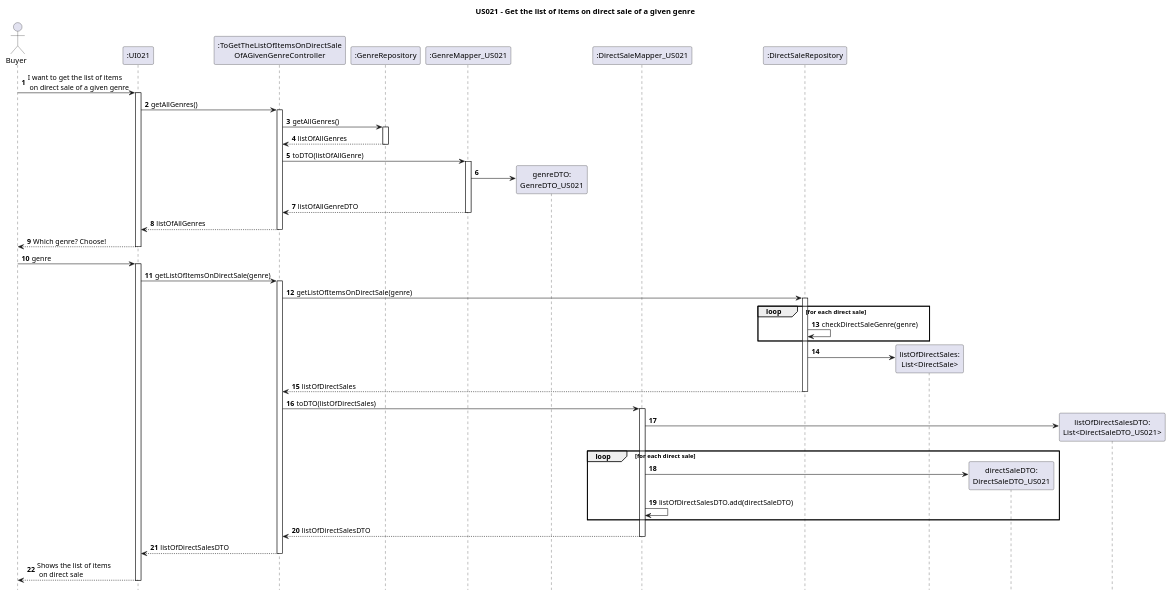
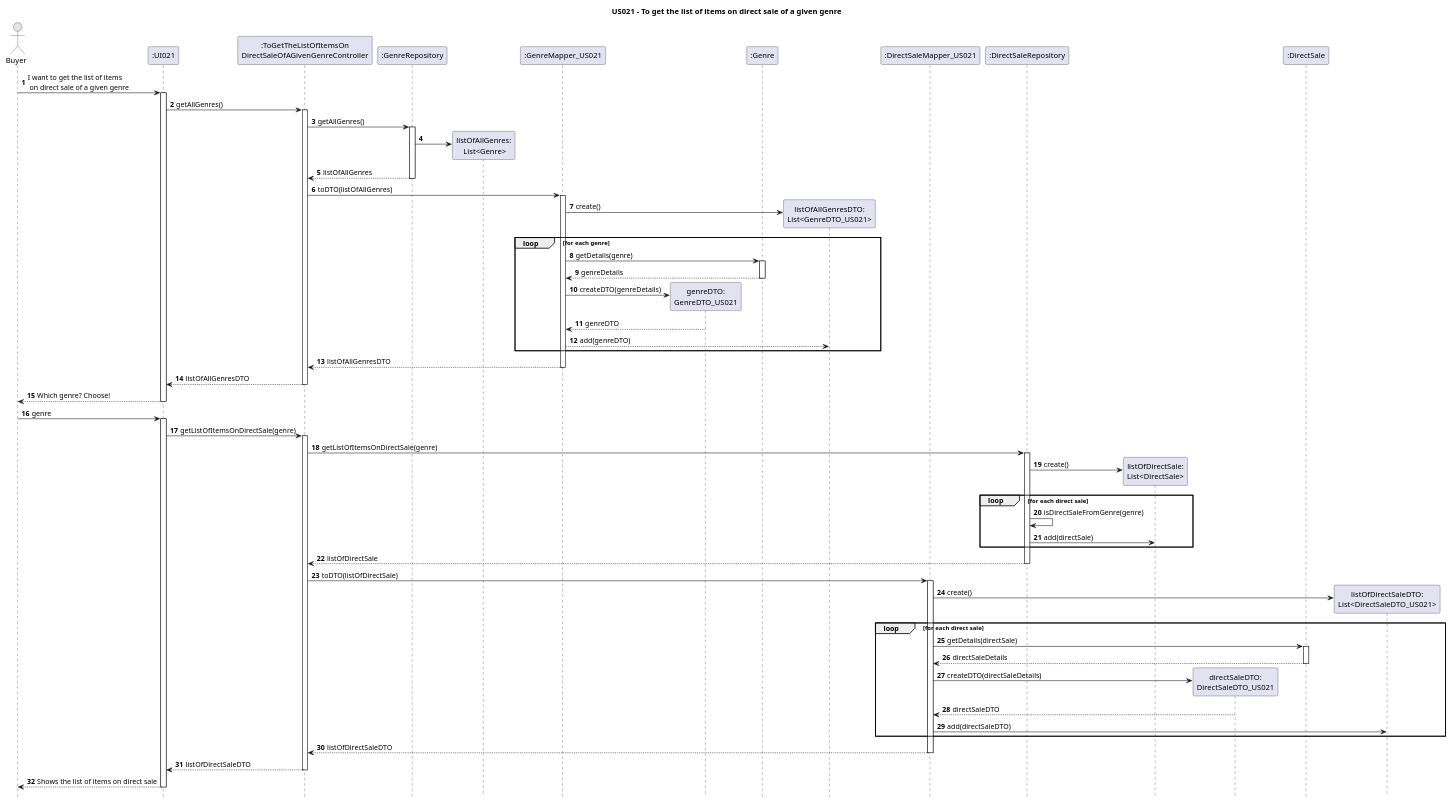
One commit to AndrePereiraGitH/SWitCH-Project-Team_A changed the diagram in Diagrams/SequenceDiagrams/N2/US021-to-get-the-list-of-items-on-direct-sale-of-a-given-genre.puml. Above: the diagram before and after it, drawn with PlantUML. The commit also changed 1 other file, not shown here.

```diff
--- a/Diagrams/SequenceDiagrams/N2/US021-to-get-the-list-of-items-on-direct-sale-of-a-given-genre.puml
+++ b/Diagrams/SequenceDiagrams/N2/US021-to-get-the-list-of-items-on-direct-sale-of-a-given-genre.puml
@@ -1,99 +1,89 @@
 @startuml
+hide footbox
 autonumber
-hide footbox
-title US021 - Get the list of items on direct sale of a given genre
+title US021 - To get the list of items on direct sale of a given genre
 
 actor Buyer
 
 ' Participants
 participant ":UI021" as UI
-participant ":ToGetTheListOfItemsOnDirectSale\nOfAGivenGenreController" as Ctrl
+participant ":ToGetTheListOfItemsOn\nDirectSaleOfAGivenGenreController" as Ctrl
 participant ":GenreRepository" as GenreRepo
-participant ":GenreMapper_US021" as GenreMapper_US021
+participant "listOfAllGenres:\n List<Genre>" as ListGenre
+participant ":GenreMapper_US021" as GenreMapper
 participant "genreDTO:\nGenreDTO_US021" as GenreDTO
-participant ":DirectSaleMapper_US021" as Mapper
+participant ":Genre" as Genre
+participant "listOfAllGenresDTO:\nList<GenreDTO_US021>" as ListGenreDTO
+participant ":DirectSaleMapper_US021" as DSMapper
 participant ":DirectSaleRepository" as DirectSaleRepo
-participant "listOfDirectSales:\nList<DirectSale>" as ListDS
-'participant ":DirectSale" as DirectSaleDomain
-participant "directSaleDTO:\nDirectSaleDTO_US021" as DTO
-participant "listOfDirectSalesDTO:\nList<DirectSaleDTO_US021>" as ListDTO
+participant "listOfDirectSale:\nList<DirectSale>" as ListDS
+participant "directSaleDTO:\nDirectSaleDTO_US021" as DSDTO
+participant ":DirectSale" as DS
+participant "listOfDirectSaleDTO:\nList<DirectSaleDTO_US021>" as ListDSDTO
 
 
 ' Interactions
+
+' Section 1 - Get all genres
 Buyer -> UI : I want to get the list of items\n on direct sale of a given genre
 activate UI
-
 UI -> Ctrl : getAllGenres()
 activate Ctrl
-
-Ctrl -> GenreRepo : getAllGenres()
+Ctrl -> GenreRepo: getAllGenres()
 activate GenreRepo
-GenreRepo --> Ctrl : listOfAllGenres
+GenreRepo -> ListGenre **
+GenreRepo --> Ctrl: listOfAllGenres
 deactivate GenreRepo
-
-Ctrl -> GenreMapper_US021: toDTO(listOfAllGenre)
-activate GenreMapper_US021
-/'
-GenreMapper_US021 -> GenreDTO ** : create()
-activate GenreDTO
-GenreDTO --> GenreMapper_US021: GenreDTO
-deactivate GenreDTO
-GenreMapper_US021 -> GenreMapper_US021 : listOfAllGenreDTO.add(GenreDTO)
-'/
-GenreMapper_US021 -> GenreDTO **
-
-GenreMapper_US021 --> Ctrl: listOfAllGenreDTO
-deactivate GenreMapper_US021
-
-Ctrl --> UI : listOfAllGenres
+Ctrl -> GenreMapper: toDTO(listOfAllGenres)
+activate GenreMapper
+GenreMapper -> ListGenreDTO ** : create()
+loop for each genre
+    GenreMapper -> Genre: getDetails(genre)
+    activate Genre
+    Genre --> GenreMapper: genreDetails
+    deactivate Genre
+        GenreMapper -> GenreDTO ** : createDTO(genreDetails)
+    GenreDTO --> GenreMapper: genreDTO
+    GenreMapper --> ListGenreDTO: add(genreDTO)
+end
+GenreMapper --> Ctrl: listOfAllGenresDTO
+deactivate GenreMapper
+Ctrl --> UI : listOfAllGenresDTO
 deactivate Ctrl
-
-UI --> Buyer : Which genre? Choose!
+Buyer <-- UI : Which genre? Choose!
 deactivate UI
 
+' Section 2 - Get list of direct sales with the genre chosen
 Buyer -> UI : genre
 activate UI
-
 UI -> Ctrl : getListOfItemsOnDirectSale(genre)
 activate Ctrl
-
 Ctrl -> DirectSaleRepo : getListOfItemsOnDirectSale(genre)
 activate DirectSaleRepo
-
+DirectSaleRepo -> ListDS ** : create()
 loop for each direct sale
-    DirectSaleRepo -> DirectSaleRepo : checkDirectSaleGenre(genre)
+    DirectSaleRepo -> DirectSaleRepo : isDirectSaleFromGenre(genre)
+    DirectSaleRepo -> ListDS: add(directSale)
 end
-
-DirectSaleRepo -> ListDS ** :
-DirectSaleRepo --> Ctrl : listOfDirectSales
+DirectSaleRepo --> Ctrl : listOfDirectSale
 deactivate DirectSaleRepo
-
-Ctrl -> Mapper : toDTO(listOfDirectSales)
-activate Mapper
-Mapper -> ListDTO ** :
-
-    loop for each direct sale
-        'Mapper -> DirectSaleDomain : getDetails()
-        'activate DirectSaleDomain
-        'DirectSaleDomain --> Mapper : details
-        'deactivate DirectSaleDomain
-
-        'Mapper -> DTO ** : create(details)
-        Mapper -> DTO **
-        'activate DTO
-        'DTO --> Mapper : directSaleDTO
-        'deactivate DTO
-
-        Mapper -> Mapper : listOfDirectSalesDTO.add(directSaleDTO)
-    end
-
-Mapper --> Ctrl : listOfDirectSalesDTO
-deactivate Mapper
-
-Ctrl --> UI : listOfDirectSalesDTO
+Ctrl -> DSMapper : toDTO(listOfDirectSale)
+activate DSMapper
+DSMapper -> ListDSDTO ** : create()
+loop for each direct sale
+    DSMapper -> DS: getDetails(directSale)
+    activate DS
+    DS --> DSMapper: directSaleDetails
+    deactivate DS
+    DSMapper -> DSDTO **: createDTO(directSaleDetails)
+    DSDTO --> DSMapper: directSaleDTO
+    DSMapper -> ListDSDTO : add(directSaleDTO)
+end
+DSMapper --> Ctrl : listOfDirectSaleDTO
+deactivate DSMapper
+Ctrl --> UI : listOfDirectSaleDTO
 deactivate Ctrl
-
-UI --> Buyer : Shows the list of items\n on direct sale
+UI --> Buyer : Shows the list of items on direct sale
 deactivate UI
 
 @enduml
```
